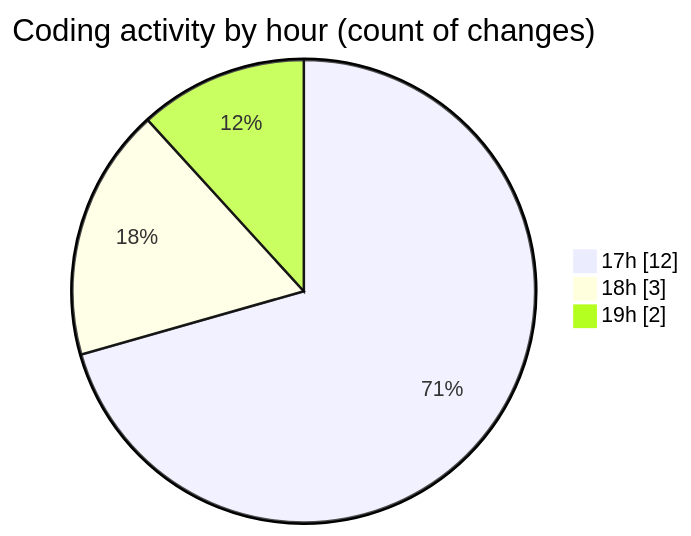
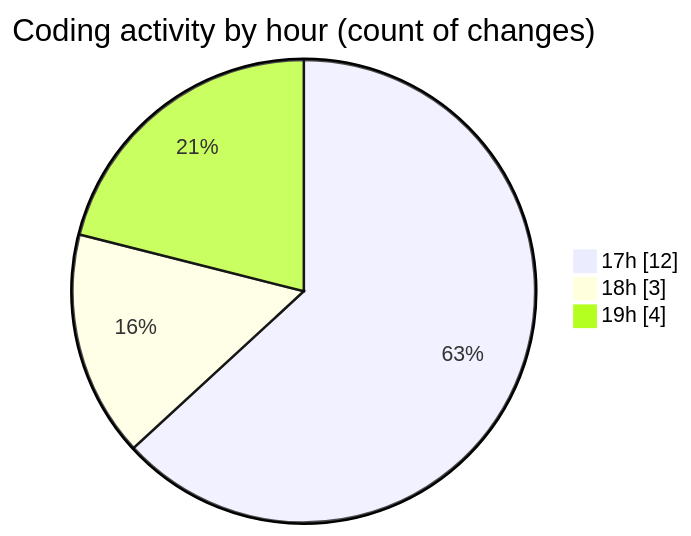
One commit to nxtqubesakshisongat/code-tracking changed the second of 2 diagrams in 2025-09-09/cashcalculator/README.md. Above: the diagram before and after it, drawn with Mermaid. The commit also changed other lines of this file and 1 other file, not shown here.

````diff
--- a/2025-09-09/cashcalculator/README.md
+++ b/2025-09-09/cashcalculator/README.md
@@ -28,7 +28,7 @@
 ```mermaid
 pie showData
 title Coding activity by hour (count of changes)
 "17h" : 12
 "18h" : 3
-"19h" : 2
+"19h" : 4
 ```
````
